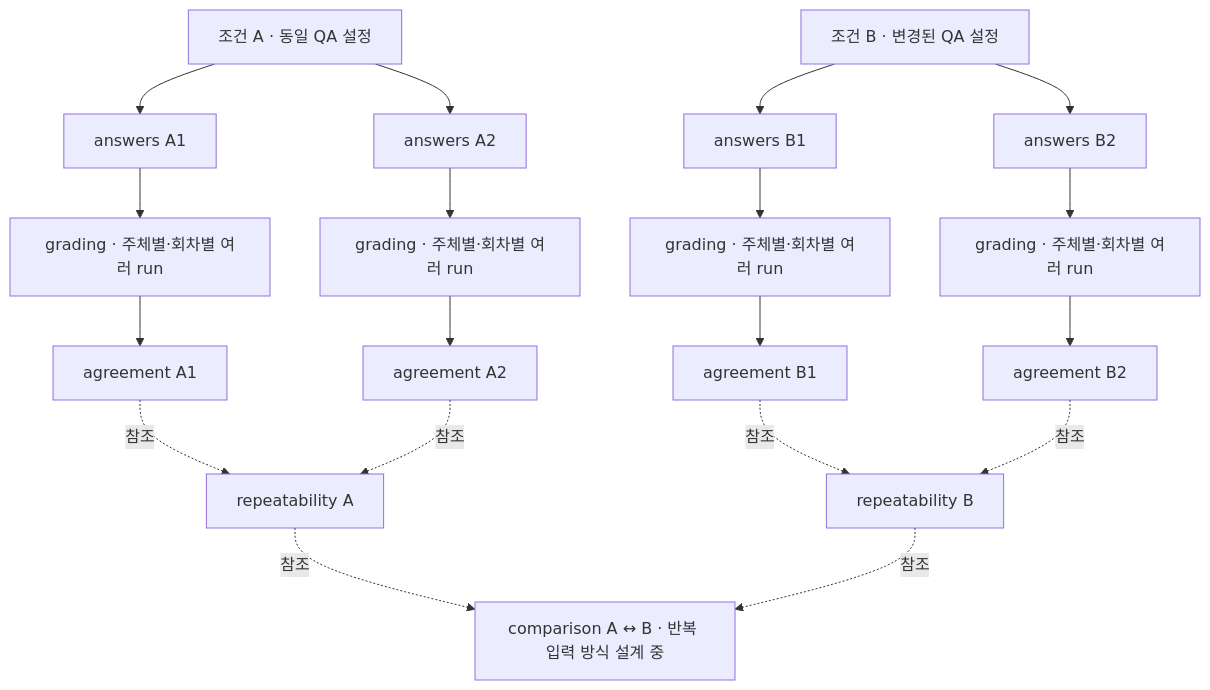
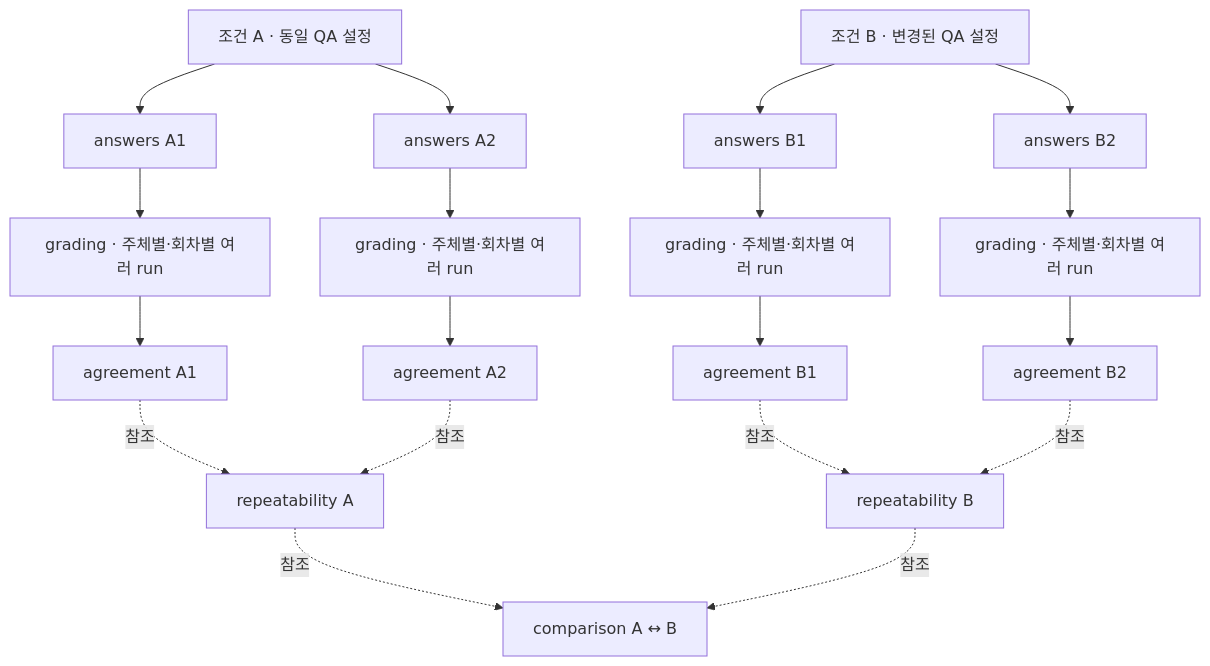
One commit to Ootzk/elice-techblog-RAG changed the diagram in docs/evaluation-schema.md. Above: the diagram before and after it, drawn with Mermaid. The commit also changed other lines of this file and 18 other files, not shown here.

````diff
--- a/docs/evaluation-schema.md
+++ b/docs/evaluation-schema.md
@@ -19,21 +19,21 @@
 ```mermaid
 flowchart TD
     CA["조건 A · 동일 QA 설정"] --> A1["answers A1"]
     CA --> A2["answers A2"]
     CB["조건 B · 변경된 QA 설정"] --> B1["answers B1"]
     CB --> B2["answers B2"]
     A1 --> GA1["grading · 주체별·회차별 여러 run"]
     A2 --> GA2["grading · 주체별·회차별 여러 run"]
     B1 --> GB1["grading · 주체별·회차별 여러 run"]
     B2 --> GB2["grading · 주체별·회차별 여러 run"]
     GA1 --> IA1["agreement A1"]
     GA2 --> IA2["agreement A2"]
     GB1 --> IB1["agreement B1"]
     GB2 --> IB2["agreement B2"]
     IA1 -. 참조 .-> RA["repeatability A"]
     IA2 -. 참조 .-> RA
     IB1 -. 참조 .-> RB["repeatability B"]
     IB2 -. 참조 .-> RB
-    RA -. 참조 .-> CMP["comparison A ↔ B · 반복 입력 방식 설계 중"]
+    RA -. 참조 .-> CMP["comparison A ↔ B"]
     RB -. 참조 .-> CMP
 ```
````
